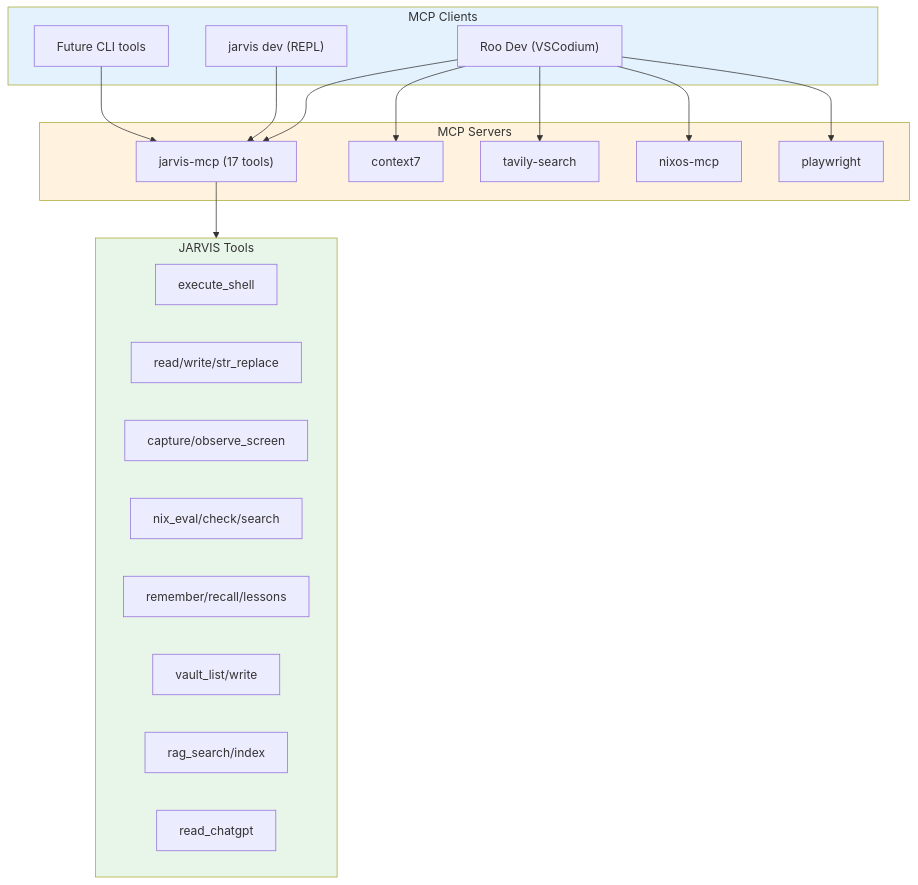
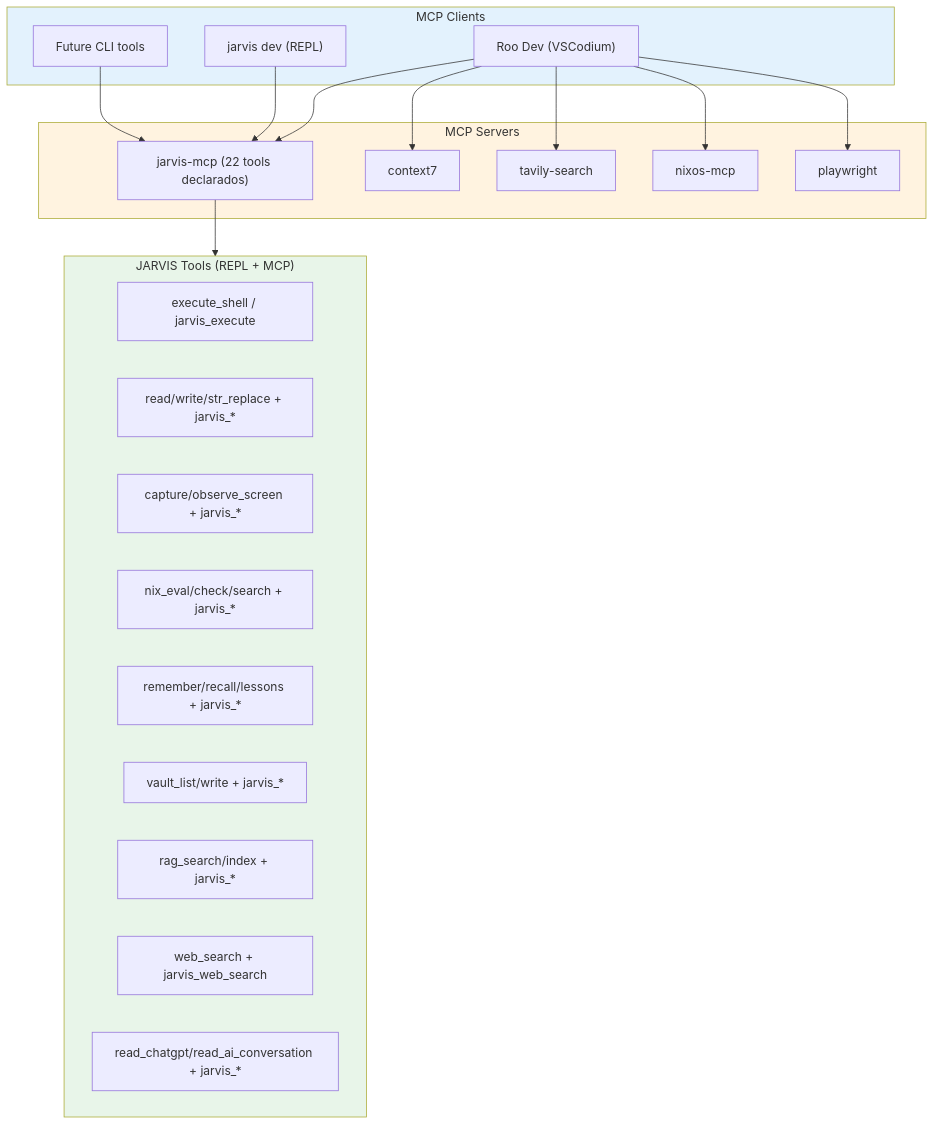
Before and after one commit to Kuchiriel/nixos-ai: the first of 2 diagrams in docs/architecture/mcp-integration.md, drawn with Mermaid. The commit also changed other lines of this file and 18 other files, not shown here.

````diff
--- a/docs/architecture/mcp-integration.md
+++ b/docs/architecture/mcp-integration.md
@@ -7,41 +7,42 @@
 ```mermaid
 flowchart TB
     subgraph Clients["MCP Clients"]
         RooDev["Roo Dev (VSCodium)"]
         REPL["jarvis dev (REPL)"]
         FutureCLI["Future CLI tools"]
     end
 
     subgraph Servers["MCP Servers"]
-        Jarvis["jarvis-mcp (17 tools)"]
+        Jarvis["jarvis-mcp (22 tools declarados)"]
         Context7["context7"]
         Tavily["tavily-search"]
         NixOS["nixos-mcp"]
         Playwright["playwright"]
     end
 
-    subgraph JarvisTools["JARVIS Tools"]
-        Exec["execute_shell"]
-        FileOps["read/write/str_replace"]
-        Vision["capture/observe_screen"]
-        NixTools["nix_eval/check/search"]
-        MemTools["remember/recall/lessons"]
-        VaultTools["vault_list/write"]
-        RAGTools["rag_search/index"]
-        ChatGPT["read_chatgpt"]
+    subgraph JarvisTools["JARVIS Tools (REPL + MCP)"]
+        Exec["execute_shell / jarvis_execute"]
+        FileOps["read/write/str_replace + jarvis_*"]
+        Vision["capture/observe_screen + jarvis_*"]
+        NixTools["nix_eval/check/search + jarvis_*"]
+        MemTools["remember/recall/lessons + jarvis_*"]
+        VaultTools["vault_list/write + jarvis_*"]
+        RAGTools["rag_search/index + jarvis_*"]
+        WebTools["web_search + jarvis_web_search"]
+        ChatTools["read_chatgpt/read_ai_conversation + jarvis_*"]
     end
 
     RooDev --> Jarvis
     RooDev --> Context7
     RooDev --> Tavily
     RooDev --> NixOS
     RooDev --> Playwright
     REPL --> Jarvis
     FutureCLI --> Jarvis
 
     Jarvis --> JarvisTools
 
     style Clients fill:#e3f2fd
     style Servers fill:#fff3e0
     style JarvisTools fill:#e8f5e9
 ```
````
